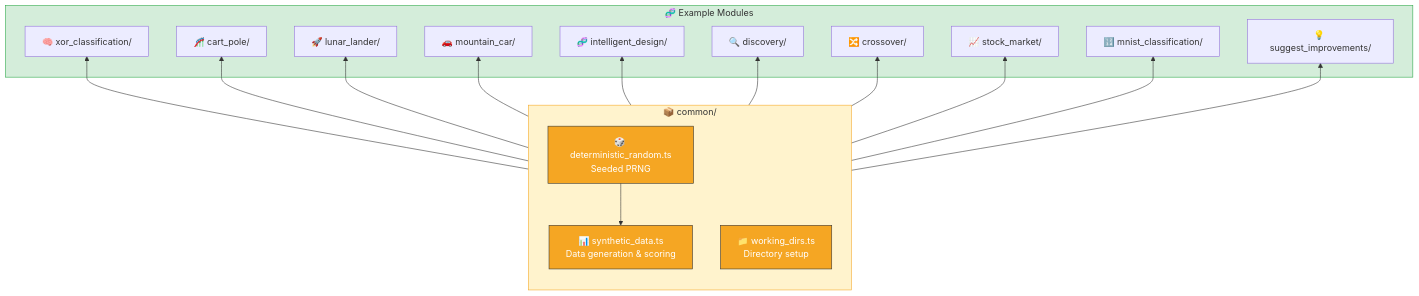
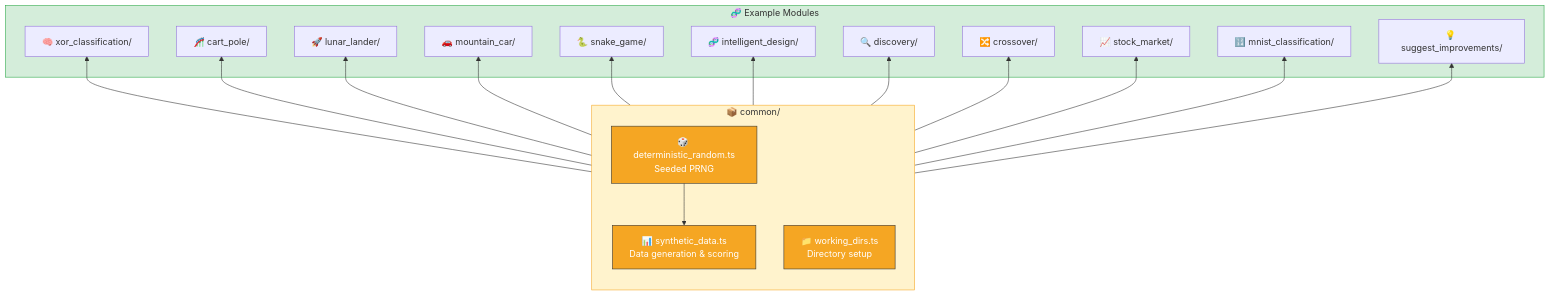
The second of 4 diagrams in README.md (stSoftwareAU/NEAT-AI-Examples), drawn with Mermaid before and after one commit. The commit also changed other lines of this file and 13 other files, not shown here.

First line of the commit message:
Add Snake game example with animated playthrough SVG (#81)

````diff
--- a/README.md
+++ b/README.md
@@ -134,39 +147,41 @@
 ```mermaid
 flowchart BT
     subgraph common ["📦 common/"]
         RNG["🎲 deterministic_random.ts<br/>Seeded PRNG"]
         DATA["📊 synthetic_data.ts<br/>Data generation & scoring"]
         DIRS["📁 working_dirs.ts<br/>Directory setup"]
     end
 
     subgraph examples ["🧬 Example Modules"]
         XOR["🧠 xor_classification/"]
         CART["🎢 cart_pole/"]
         LUNAR["🚀 lunar_lander/"]
         MCAR["🚗 mountain_car/"]
+        SNAKE["🐍 snake_game/"]
         ID["🧬 intelligent_design/"]
         DISC["🔍 discovery/"]
         CROSS["🔀 crossover/"]
         STOCK["📈 stock_market/"]
         MNIST["🔢 mnist_classification/"]
         SUGGEST["💡 suggest_improvements/"]
     end
 
     RNG --> DATA
     common --> XOR
     common --> CART
     common --> LUNAR
     common --> MCAR
+    common --> SNAKE
     common --> ID
     common --> DISC
     common --> CROSS
     common --> STOCK
     common --> MNIST
     common --> SUGGEST
 
     style common fill:#fff3cd,stroke:#f5a623,color:#333
     style examples fill:#d4edda,stroke:#28a745,color:#333
     style RNG fill:#f5a623,stroke:#333,color:#fff
     style DATA fill:#f5a623,stroke:#333,color:#fff
     style DIRS fill:#f5a623,stroke:#333,color:#fff
 ```
````
